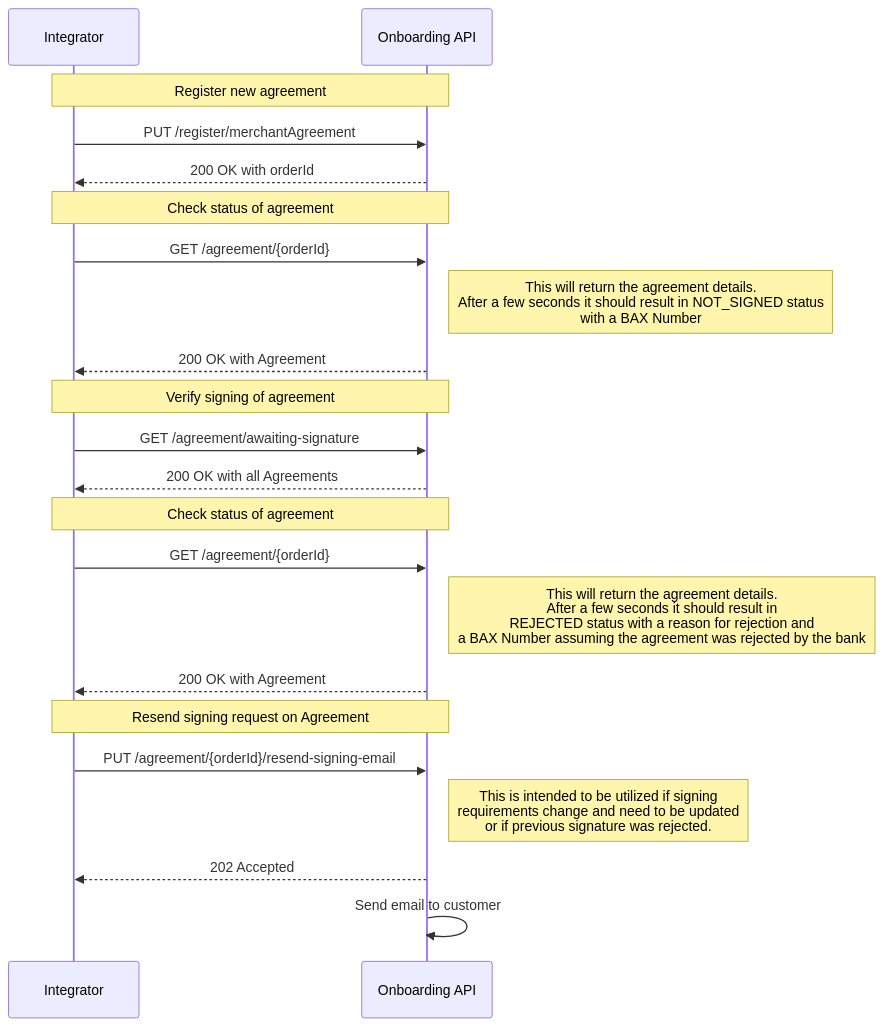
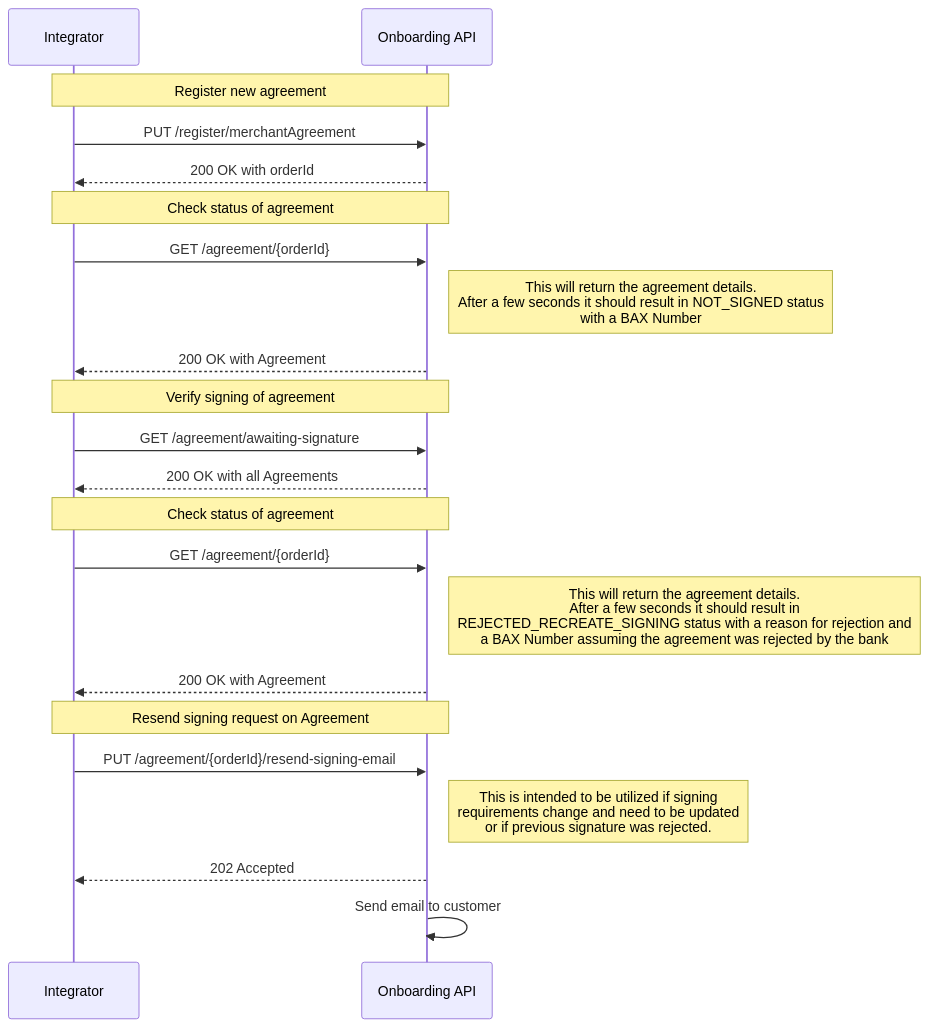
The second of 2 diagrams in docs/prod_flows.md (BankAxept/bankaxept-onboarding-external-documentation), drawn with Mermaid before and after one commit. The commit also changed 3 other files, not shown here.

````diff
--- a/docs/prod_flows.md
+++ b/docs/prod_flows.md
@@ -31,30 +31,30 @@
 ```mermaid
 sequenceDiagram
 participant I as Integrator
 participant O as Onboarding API
 
 note over I, O: Register new agreement
 I ->> O: PUT /register/merchantAgreement
 O -->> I: 200 OK with orderId
 
 note over I, O: Check status of agreement
 I ->> O : GET /agreement/{orderId}
 note right of O: This will return the agreement details. <br/> After a few seconds it should result in NOT_SIGNED status <br/> with a BAX Number
 O -->> I: 200 OK with Agreement
 
 note over I, O: Verify signing of agreement
 I ->> O: GET /agreement/awaiting-signature
 O -->> I: 200 OK with all Agreements
 
 note over I, O: Check status of agreement
 I ->> O : GET /agreement/{orderId}
-note right of O: This will return the agreement details. <br/> After a few seconds it should result in <br/> REJECTED status with a reason for rejection and <br/> a BAX Number assuming the agreement was rejected by the bank
+note right of O: This will return the agreement details. <br/> After a few seconds it should result in <br/> REJECTED_RECREATE_SIGNING status with a reason for rejection and <br/> a BAX Number assuming the agreement was rejected by the bank
 O -->> I: 200 OK with Agreement
 
 note over I, O: Resend signing request on Agreement
 I ->> O: PUT /agreement/{orderId}/resend-signing-email
 note right of O: This is intended to be utilized if signing <br/> requirements change and need to be updated <br/> or if previous signature was rejected.
 
 O -->> I: 202 Accepted
 O ->> O: Send email to customer
 ```
````
